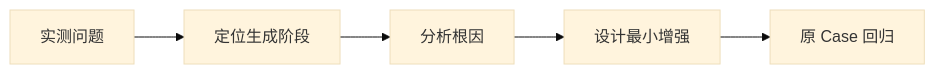
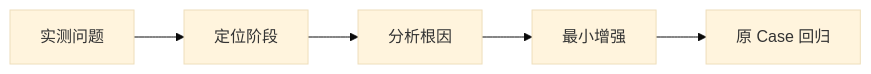
Before and after one commit to sgfd-ui/internship: diagram 12 of 12 in weekly-report/dify-1.17-core-capabilities-research.md, drawn with Mermaid (base theme). The commit also changed other lines of this file, not shown here.

Commit message:
docs: simplify AI Workflow research architecture

````diff
--- a/weekly-report/dify-1.17-core-capabilities-research.md
+++ b/weekly-report/dify-1.17-core-capabilities-research.md
@@ -434,7 +420,7 @@
 ```mermaid
 flowchart LR
-    A[实测问题] --> B[定位生成阶段]
+    A[实测问题] --> B[定位阶段]
     B --> C[分析根因]
-    C --> D[设计最小增强]
+    C --> D[最小增强]
     D --> E[原 Case 回归]
 ```
````
